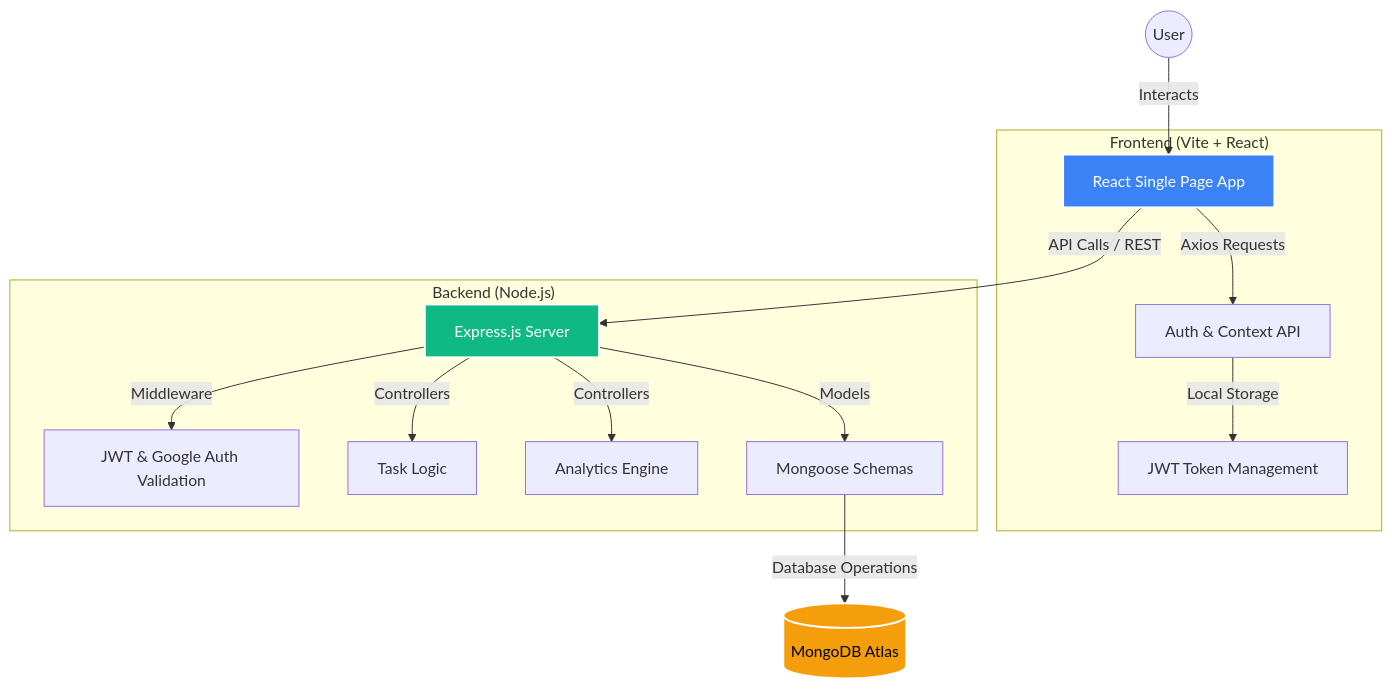
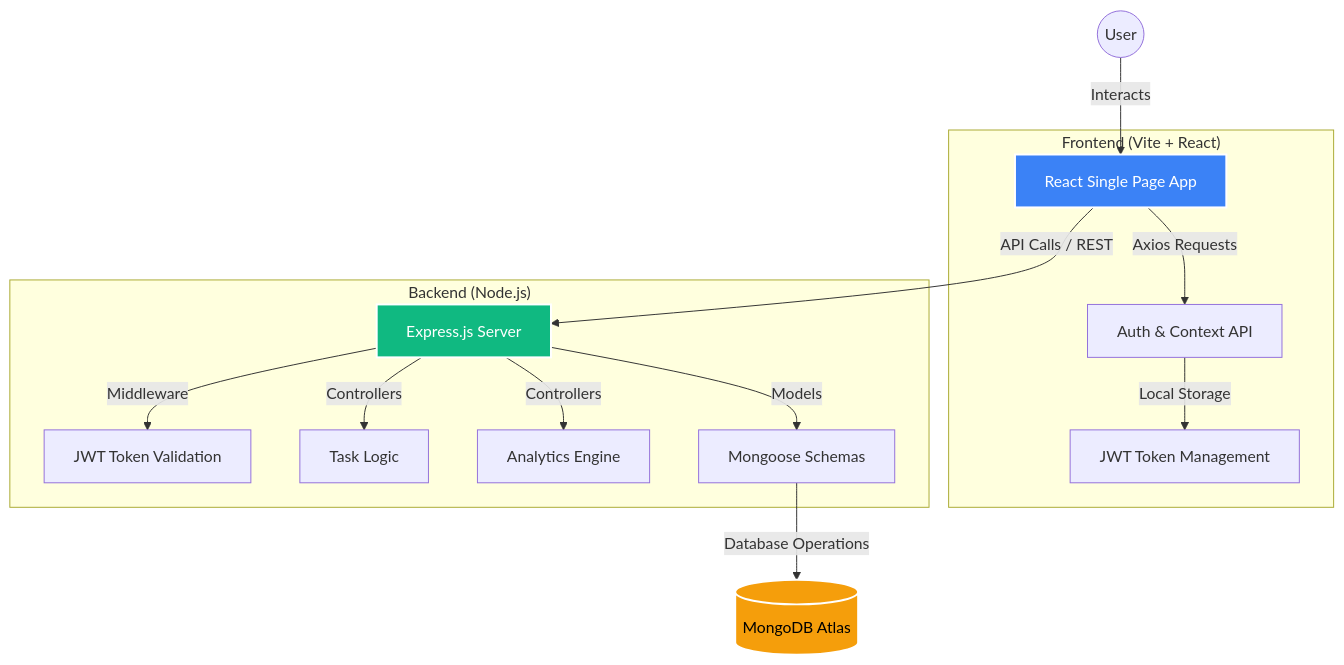
The diagram in README.md (Kartikiscalm/TaskVerse), drawn with Mermaid before and after one commit. The commit also changed other lines of this file, not shown here.

````diff
--- a/README.md
+++ b/README.md
@@ -23,24 +23,24 @@
 ```mermaid
 graph TD
     User((User)) -->|Interacts| Frontend[React Single Page App]
     
     subgraph "Frontend (Vite + React)"
         Frontend -->|Axios Requests| AuthContext[Auth & Context API]
         AuthContext -->|Local Storage| JWT[JWT Token Management]
     end
 
     Frontend -->|API Calls / REST| Backend[Express.js Server]
 
     subgraph "Backend (Node.js)"
-        Backend -->|Middleware| AuthMiddleware[JWT & Google Auth Validation]
+        Backend -->|Middleware| AuthMiddleware[JWT Token Validation]
         Backend -->|Controllers| TaskController[Task Logic]
         Backend -->|Controllers| AnalyticsController[Analytics Engine]
         Backend -->|Models| Mongoose[Mongoose Schemas]
     end
 
     Mongoose -->|Database Operations| MongoDB[(MongoDB Atlas)]
 
     style Frontend fill:#3b82f6,stroke:#fff,stroke-width:2px,color:#fff
     style Backend fill:#10b981,stroke:#fff,stroke-width:2px,color:#fff
     style MongoDB fill:#f59e0b,stroke:#fff,stroke-width:2px,color:#000
 ```
````
